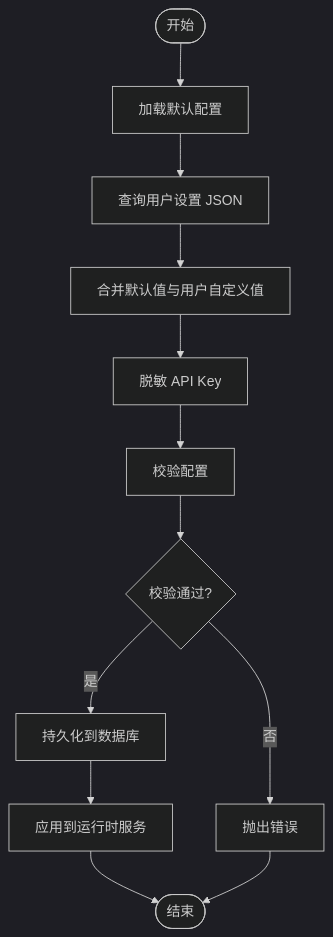
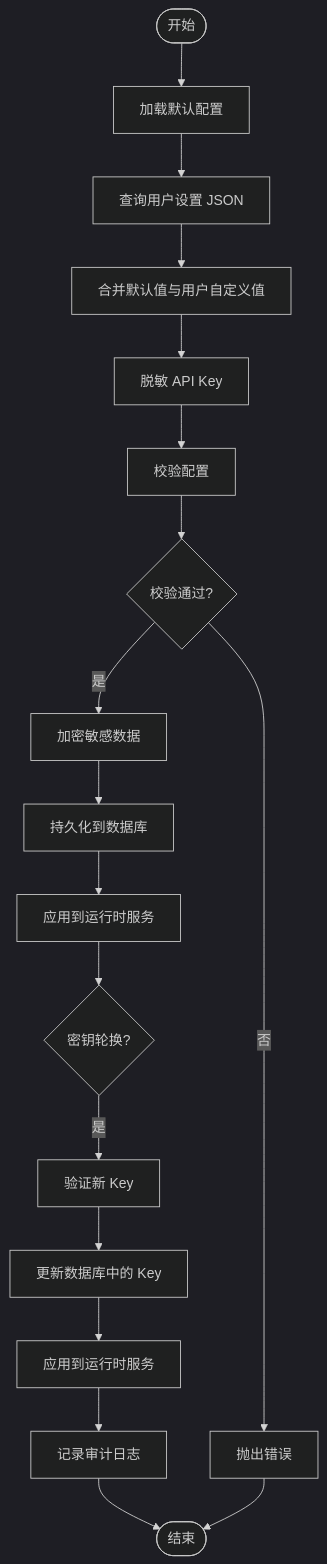
Before and after one commit to laohanhahaha/PaperChat: the third of 4 diagrams in .qoder/repowiki/zh/content/后端系统/业务服务层/设置服务.md, drawn with Mermaid (dark theme). The commit also changed other lines of this file and 59 other files, not shown here.

````diff
--- a/.qoder/repowiki/zh/content/后端系统/业务服务层/设置服务.md
+++ b/.qoder/repowiki/zh/content/后端系统/业务服务层/设置服务.md
@@ -184,14 +208,20 @@
 ```mermaid
 flowchart TD
 Start(["开始"]) --> LoadDefault["加载默认配置"]
 LoadDefault --> LoadUser["查询用户设置 JSON"]
 LoadUser --> Merge["合并默认值与用户自定义值"]
 Merge --> Mask["脱敏 API Key"]
 Mask --> Validate["校验配置"]
 Validate --> Valid{"校验通过?"}
 Valid --> |否| Error["抛出错误"]
-Valid --> |是| Persist["持久化到数据库"]
+Valid --> |是| Encrypt["加密敏感数据"]
+Encrypt --> Persist["持久化到数据库"]
 Persist --> Apply["应用到运行时服务"]
-Apply --> Done(["结束"])
+Apply --> KeyRotate{"密钥轮换?"}
+KeyRotate --> |是| ValidateKey["验证新 Key"]
+ValidateKey --> UpdateKey["更新数据库中的 Key"]
+UpdateKey --> ApplyKey["应用到运行时服务"]
+ApplyKey --> Audit["记录审计日志"]
+Audit --> Done(["结束"])
 Error --> Done
 ```
````
